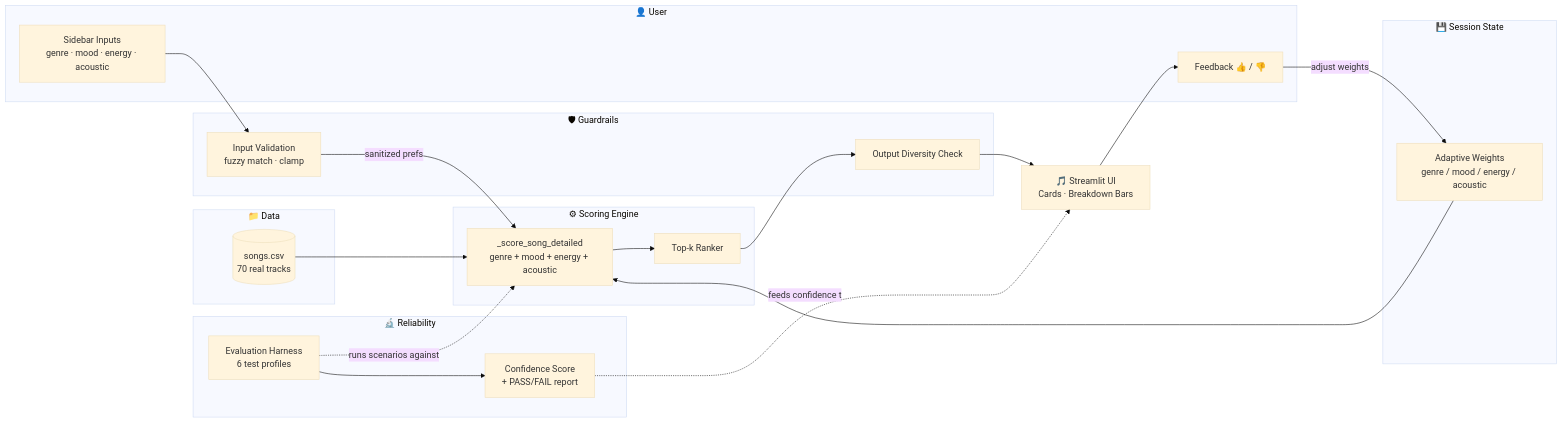
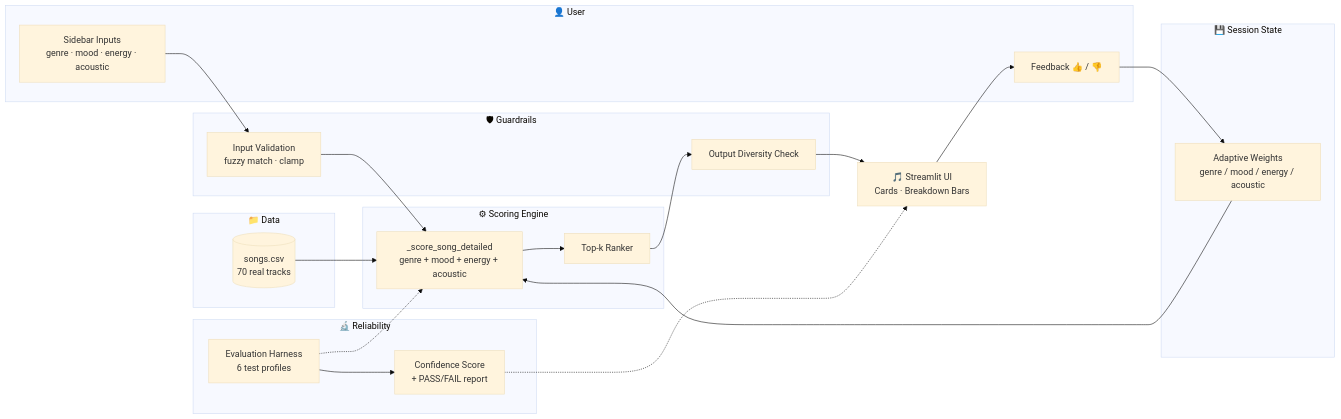
One commit to R4Y3D/AI-music-recommender changed the diagram in README.md. Above: the diagram before and after it, drawn with Mermaid (base theme). The commit also changed other lines of this file and 4 other files, not shown here.

````diff
--- a/README.md
+++ b/README.md
@@ -44,46 +55,46 @@
 ```mermaid
 flowchart LR
     subgraph User["👤 User"]
         A[Sidebar Inputs<br/>genre · mood · energy · acoustic]
         FB[Feedback 👍 / 👎]
     end
 
     subgraph Guardrails["🛡 Guardrails"]
         IG[Input Validation<br/>fuzzy match · clamp]
         OG[Output Diversity Check]
     end
 
     subgraph Engine["⚙ Scoring Engine"]
         SC[_score_song_detailed<br/>genre + mood + energy + acoustic]
         RK[Top-k Ranker]
     end
 
     subgraph State["💾 Session State"]
         W[Adaptive Weights<br/>genre / mood / energy / acoustic]
     end
 
     subgraph Data["📁 Data"]
         CSV[(songs.csv<br/>70 real tracks)]
     end
 
     subgraph Reliability["🔬 Reliability"]
         EV[Evaluation Harness<br/>6 test profiles]
         CR[Confidence Score<br/>+ PASS/FAIL report]
     end
 
     UI[🎵 Streamlit UI<br/>Cards · Breakdown Bars]
 
     A --> IG
-    IG -->|sanitized prefs| SC
+    IG --> SC
     CSV --> SC
     W --> SC
     SC --> RK
     RK --> OG
     OG --> UI
     UI --> FB
-    FB -->|adjust weights| W
+    FB --> W
 
-    EV -.runs scenarios against.-> SC
+    EV -.-> SC
     EV --> CR
-    CR -.feeds confidence to.-> UI
+    CR -.-> UI
 ```
````
